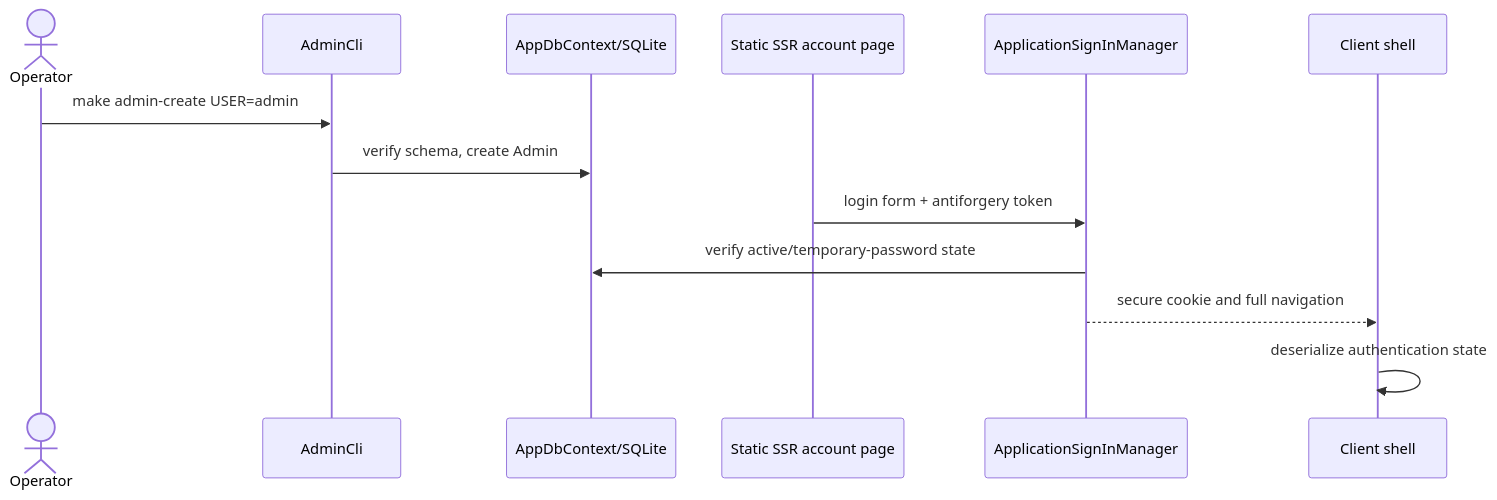
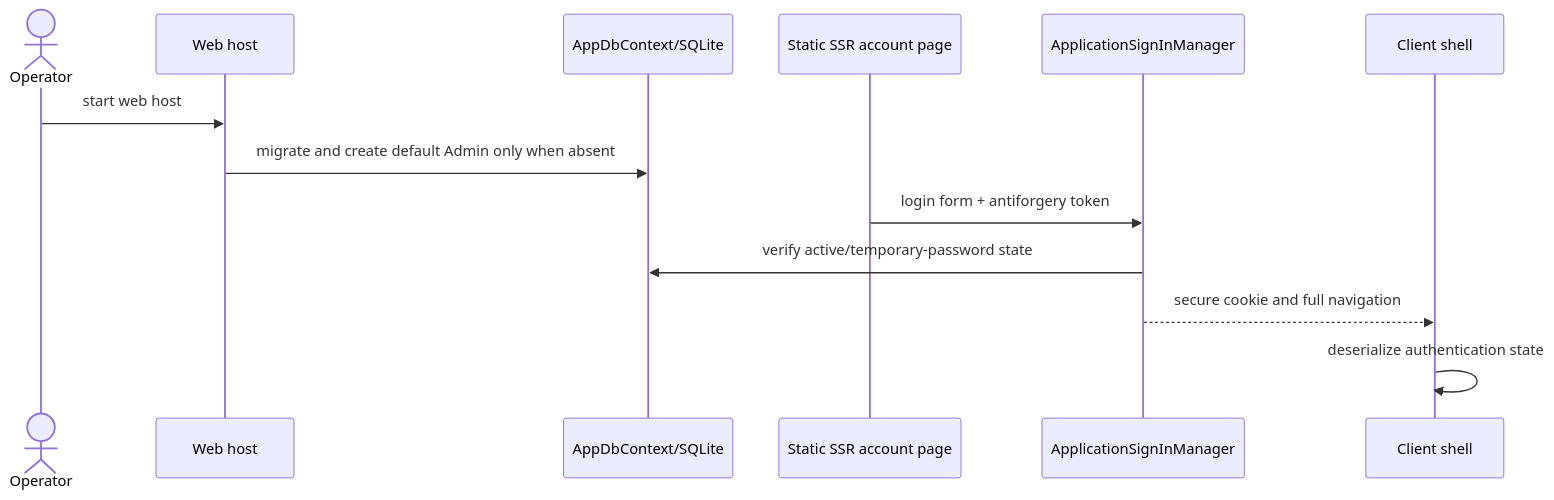
Before and after one commit to FabioRNobrega/perene-archive: the diagram in Specs/20260930164524-sqlite-authentication-foundation/Plan.md, drawn with Mermaid. The commit also changed other lines of this file and 4 other files, not shown here.

````diff
--- a/Specs/20260930164524-sqlite-authentication-foundation/Plan.md
+++ b/Specs/20260930164524-sqlite-authentication-foundation/Plan.md
@@ -50,15 +50,15 @@
 ```mermaid
 sequenceDiagram
   actor Operator
-  participant CLI as AdminCli
+  participant Host as Web host
   participant DB as AppDbContext/SQLite
   participant Page as Static SSR account page
   participant Identity as ApplicationSignInManager
   participant WASM as Client shell
-  Operator->>CLI: make admin-create USER=admin
-  CLI->>DB: verify schema, create Admin
+  Operator->>Host: start web host
+  Host->>DB: migrate and create default Admin only when absent
   Page->>Identity: login form + antiforgery token
   Identity->>DB: verify active/temporary-password state
   Identity-->>WASM: secure cookie and full navigation
   WASM->>WASM: deserialize authentication state
 ```
````
